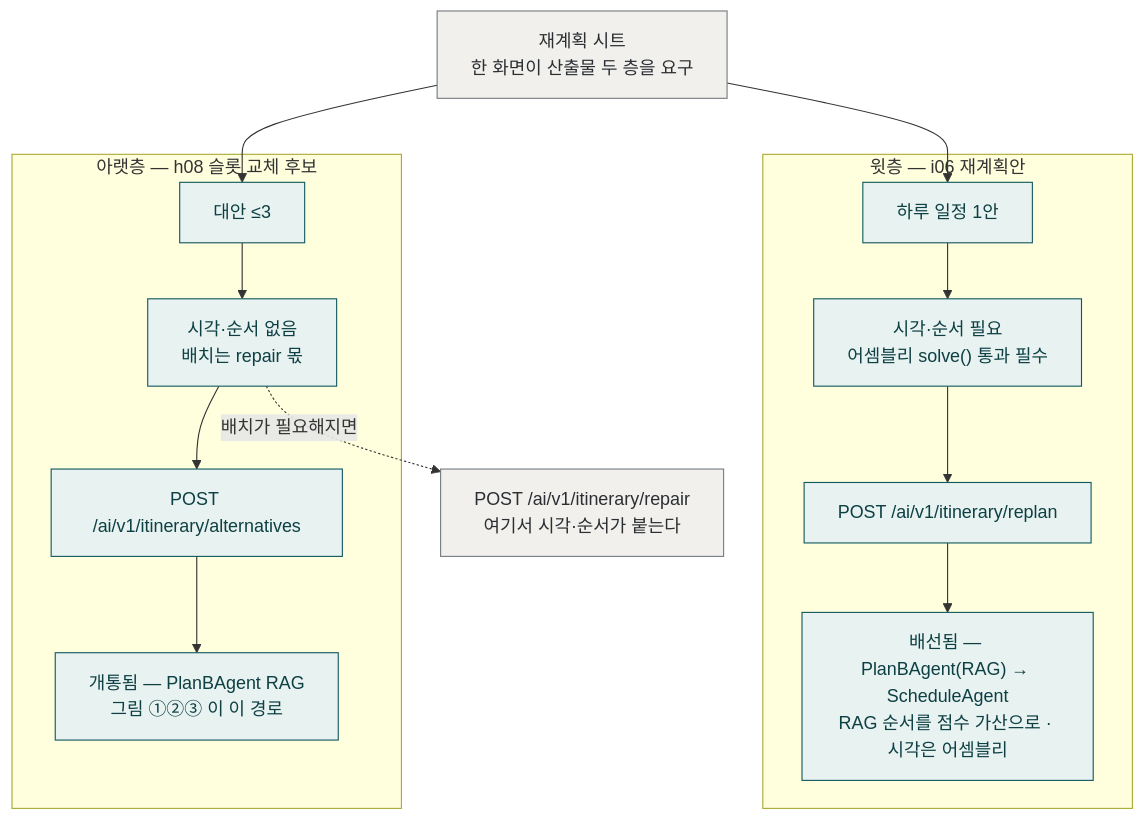
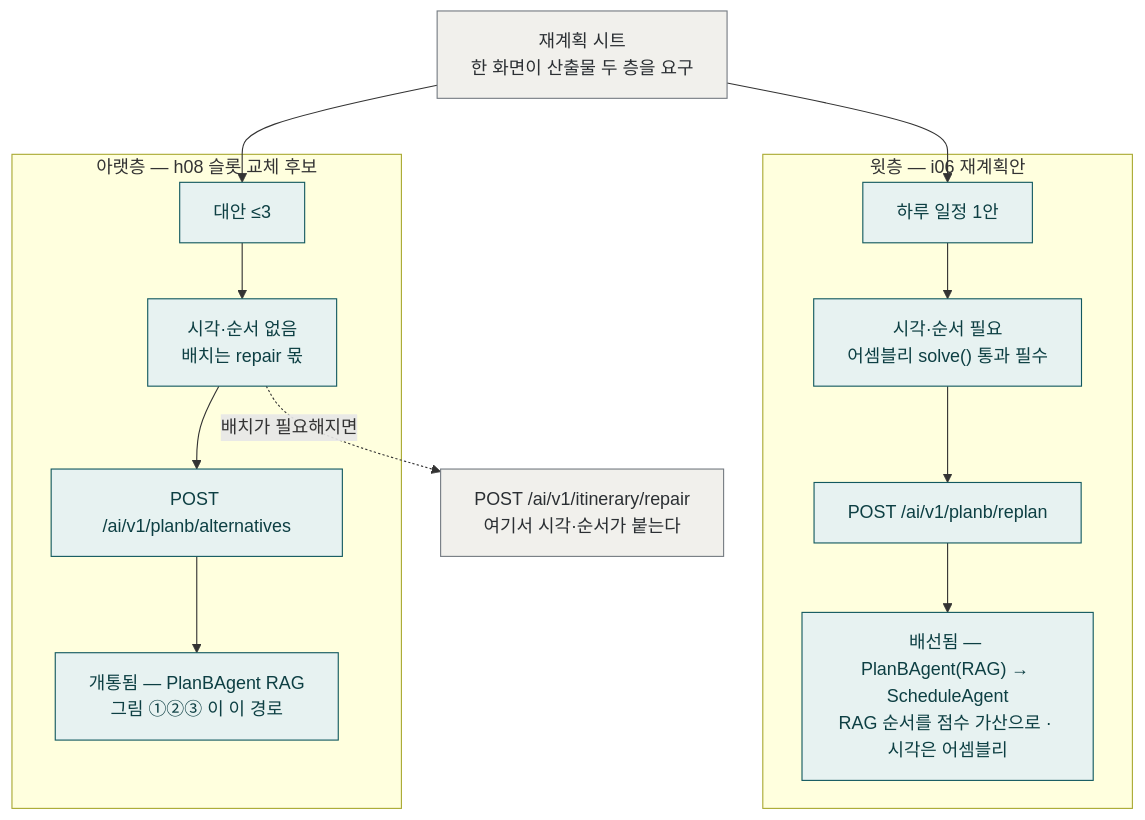
One commit to ASM-TripPilot/trippilot changed the diagram in ai/mermaid/planB/planb-4-output-layers.md. Above: the diagram before and after it, drawn with Mermaid. The commit also changed other lines of this file and 15 other files, not shown here.

First line of the commit message:
feat(ai): planb 경로 단독화 — 구 itinerary 경로 삭제 (TRIP-960 ④)

````diff
--- a/ai/mermaid/planB/planb-4-output-layers.md
+++ b/ai/mermaid/planB/planb-4-output-layers.md
@@ -8,25 +8,25 @@
 ```mermaid
 flowchart TB
   SHEET["재계획 시트<br/>한 화면이 산출물 두 층을 요구"]
 
   subgraph UP["윗층 — i06 재계획안"]
     U1["하루 일정 1안"] --> U2["시각·순서 필요<br/>어셈블리 solve() 통과 필수"]
-    U2 --> U3["POST /ai/v1/itinerary/replan"]
+    U2 --> U3["POST /ai/v1/planb/replan"]
     U3 --> U4["배선됨 — PlanBAgent(RAG) → ScheduleAgent<br/>RAG 순서를 점수 가산으로 · 시각은 어셈블리"]
   end
 
   subgraph LOW["아랫층 — h08 슬롯 교체 후보"]
     D1["대안 ≤3"] --> D2["시각·순서 없음<br/>배치는 repair 몫"]
-    D2 --> D3["POST /ai/v1/itinerary/alternatives"]
+    D2 --> D3["POST /ai/v1/planb/alternatives"]
     D3 --> D4["개통됨 — PlanBAgent RAG<br/>그림 ①②③ 이 이 경로"]
   end
 
   SHEET --> U1
   SHEET --> D1
   D2 -.->|"배치가 필요해지면"| REPAIR["POST /ai/v1/itinerary/repair<br/>여기서 시각·순서가 붙는다"]
 
   classDef ok fill:#e7f2f1,stroke:#12595f,color:#0d3f43
   classDef neutral fill:#f1f0ec,stroke:#767c83,color:#2b2f33
   class D1,D2,D3,D4,U1,U2,U3,U4 ok
   class SHEET,REPAIR neutral
 ```
````
